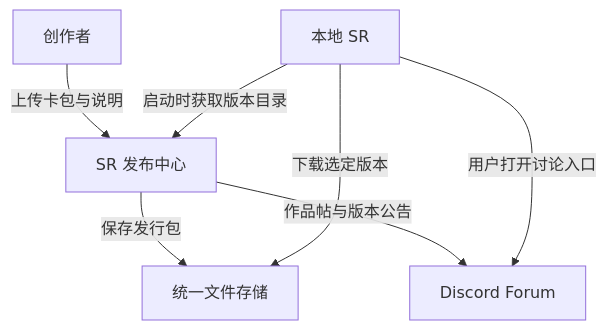
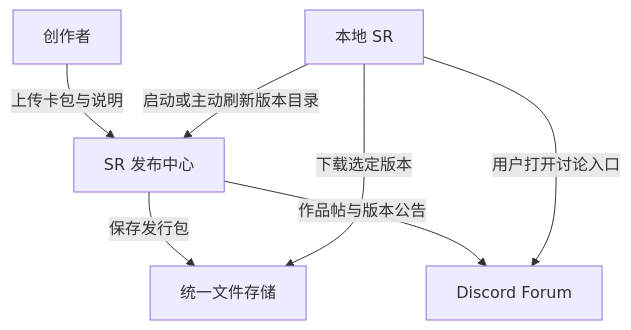
The diagram in plan/world-card-publishing-hub.md (huiru-wang/SillyRealms), drawn with Mermaid before and after one commit. The commit also changed other lines of this file and 2 other files, not shown here.

```diff
--- a/plan/world-card-publishing-hub.md
+++ b/plan/world-card-publishing-hub.md
@@ -94,9 +94,9 @@
 ~~~mermaid
 flowchart TD
     A["创作者"] -->|"上传卡包与说明"| H["SR 发布中心"]
     H -->|"保存发行包"| S["统一文件存储"]
     H -->|"作品帖与版本公告"| D["Discord Forum"]
-    P["本地 SR"] -->|"启动时获取版本目录"| H
+    P["本地 SR"] -->|"启动或主动刷新版本目录"| H
     P -->|"下载选定版本"| S
     P -->|"用户打开讨论入口"| D
 ~~~
```
